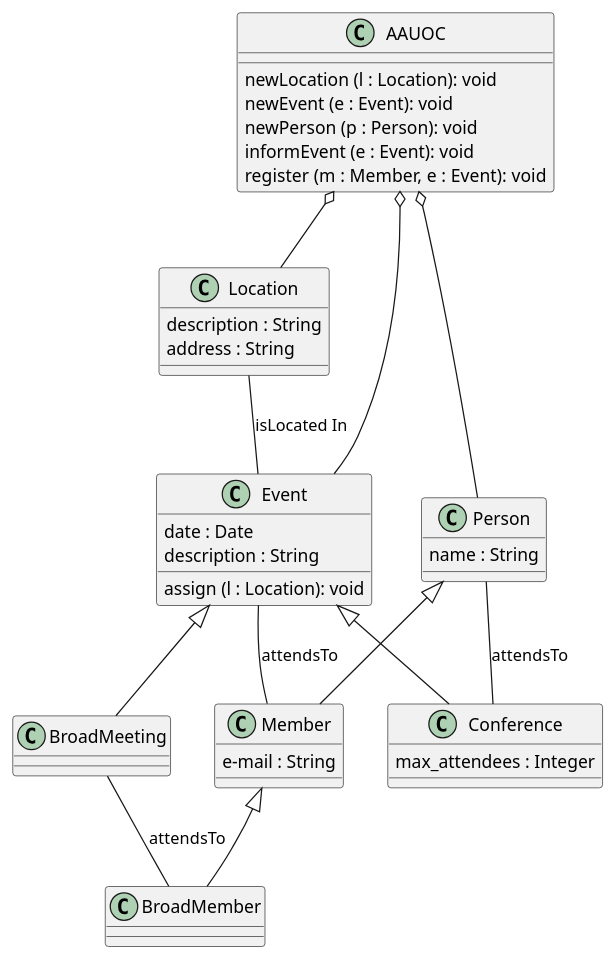
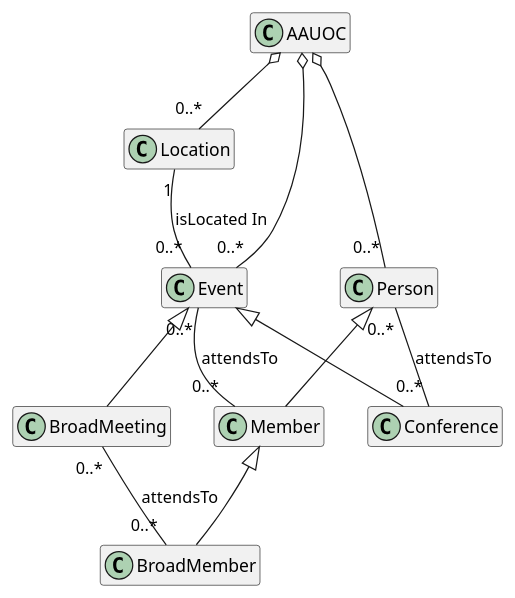
One commit to CorazaNegra/UMLClasesFSP changed the diagram in Practica_Diagramas_UML.puml. Above: the diagram before and after it, drawn with PlantUML.

Commit message:
Diagrama reducido y cardinalidades

```diff
--- a/Practica_Diagramas_UML.puml
+++ b/Practica_Diagramas_UML.puml
@@ -1,54 +1,56 @@
 @startuml
 
 class AAUOC{
     newLocation (l : Location): void
     newEvent (e : Event): void
     newPerson (p : Person): void
     informEvent (e : Event): void
     register (m : Member, e : Event): void
 }
 
 class Location{
     description : String
     address : String
 }
 
 class Event{
     date : Date
     description : String
     assign (l : Location): void
 }
 
 class Conference{
     max_attendees : Integer
 }
 
 class BroadMeeting{
 
 }
 
 class Person{
     name : String
 }
 
 class Member{
     e-mail : String
 }
 
 class BroadMember{
 
 }
 
-AAUOC o-- Event
-AAUOC o-- Location
-AAUOC o-- Person
-Location -- Event : isLocated In
-Event -- Member : attendsTo
-Person -- Conference : attendsTo
-BroadMeeting -- BroadMember : attendsTo
+hide members
+
+AAUOC o-- "0..*" Event
+AAUOC o-- "0..*" Location
+AAUOC o-- "0..*" Person
+Location "1" -- "0..*" Event : isLocated In
+Event "0..*" -- "0..*" Member : attendsTo
+Person "0..*" -- "0..*" Conference : attendsTo
+BroadMeeting "0..*" -- "0..*" BroadMember : attendsTo
 Event <|-- Conference
 Event <|-- BroadMeeting
 Person <|-- Member
 Member <|-- BroadMember
 
 @enduml
```
